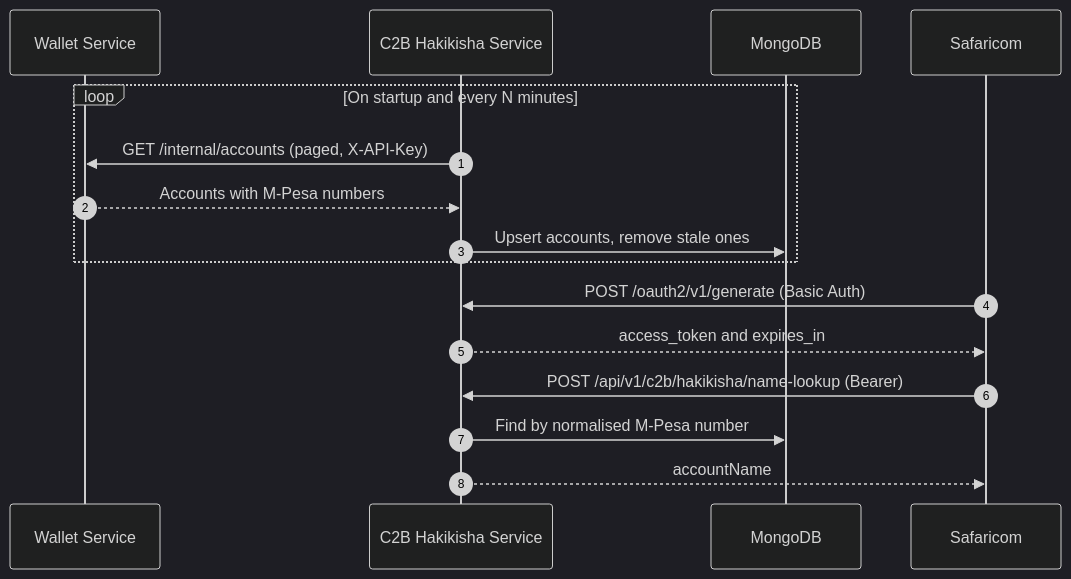
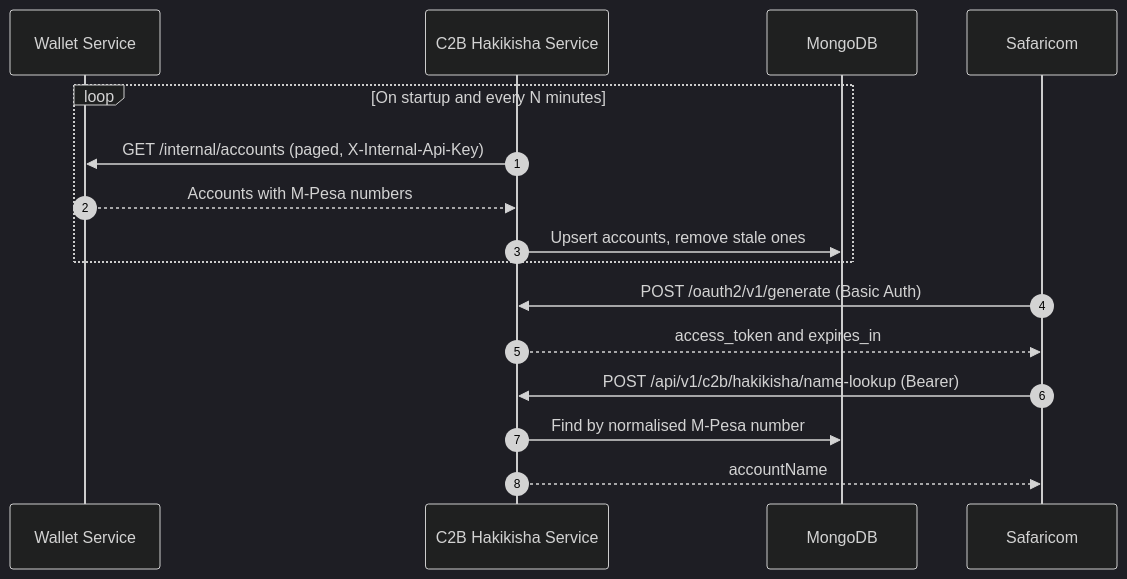
One commit to peacemakerbill/garbigo-wallet-service changed the third of 3 diagrams in README.md. Above: the diagram before and after it, drawn with Mermaid (dark theme). The commit also changed other lines of this file and 33 other files, not shown here.

````diff
--- a/README.md
+++ b/README.md
@@ -214,20 +214,20 @@
 ```mermaid
 sequenceDiagram
     autonumber
     participant W as Wallet Service
     participant S as C2B Hakikisha Service
     participant DB as MongoDB
     participant SAF as Safaricom
 
     loop On startup and every N minutes
-        S->>W: GET /internal/accounts (paged, X-API-Key)
+        S->>W: GET /internal/accounts (paged, X-Internal-Api-Key)
         W-->>S: Accounts with M-Pesa numbers
         S->>DB: Upsert accounts, remove stale ones
     end
 
     SAF->>S: POST /oauth2/v1/generate (Basic Auth)
     S-->>SAF: access_token and expires_in
     SAF->>S: POST /api/v1/c2b/hakikisha/name-lookup (Bearer)
     S->>DB: Find by normalised M-Pesa number
     S-->>SAF: accountName
 ```
````
